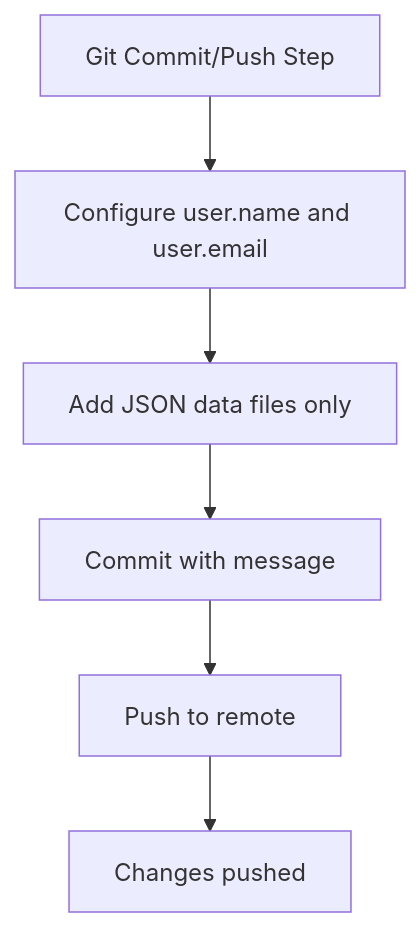
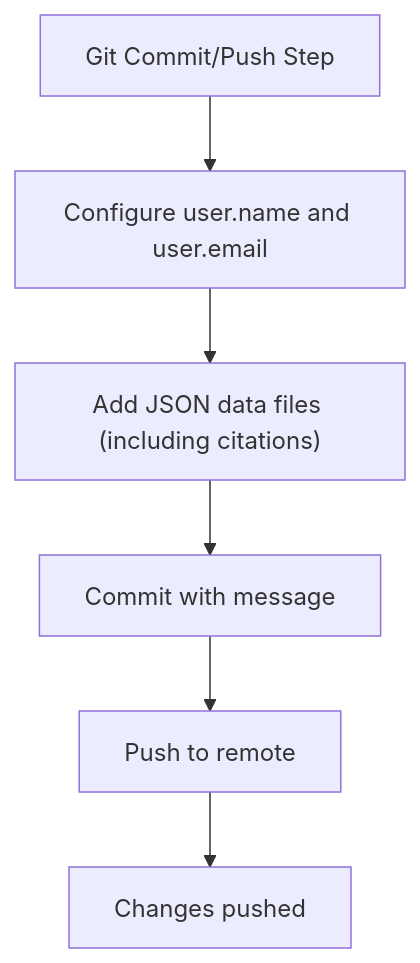
One commit to junxie01/paper_weekly changed the tenth of 11 diagrams in .qoder/repowiki/en/content/Configuration Guide/GitHub Actions Workflow.md. Above: the diagram before and after it, drawn with Mermaid. The commit also changed other lines of this file and 5 other files, not shown here.

````diff
--- a/.qoder/repowiki/en/content/Configuration Guide/GitHub Actions Workflow.md
+++ b/.qoder/repowiki/en/content/Configuration Guide/GitHub Actions Workflow.md
@@ -285,8 +333,8 @@
 ```mermaid
 flowchart TD
 GitStart["Git Commit/Push Step"] --> ConfigUser["Configure user.name and user.email"]
-ConfigUser --> AddFiles["Add JSON data files only"]
+ConfigUser --> AddFiles["Add JSON data files (including citations)"]
 AddFiles --> Commit["Commit with message"]
 Commit --> Push["Push to remote"]
 Push --> End["Changes pushed"]
 ```
````
